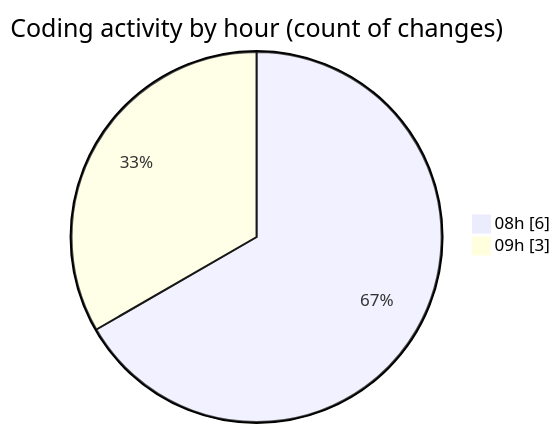
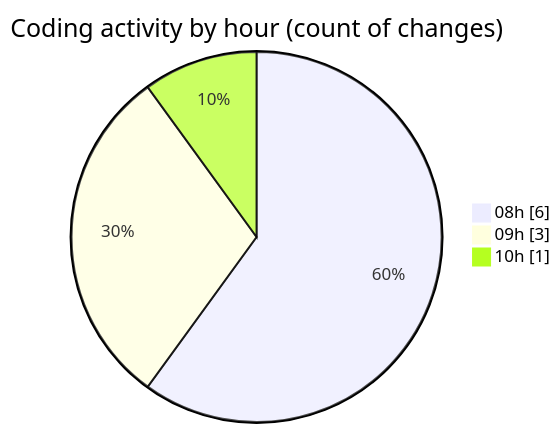
Before and after one commit to LanceThiago/code-tracking: the second of 2 diagrams in 2025-07-02/web/README.md, drawn with Mermaid. The commit also changed other lines of this file and 1 other file, not shown here.

````diff
--- a/2025-07-02/web/README.md
+++ b/2025-07-02/web/README.md
@@ -28,6 +28,7 @@
 ```mermaid
 pie showData
 title Coding activity by hour (count of changes)
 "08h" : 6
 "09h" : 3
+"10h" : 1
 ```
````
